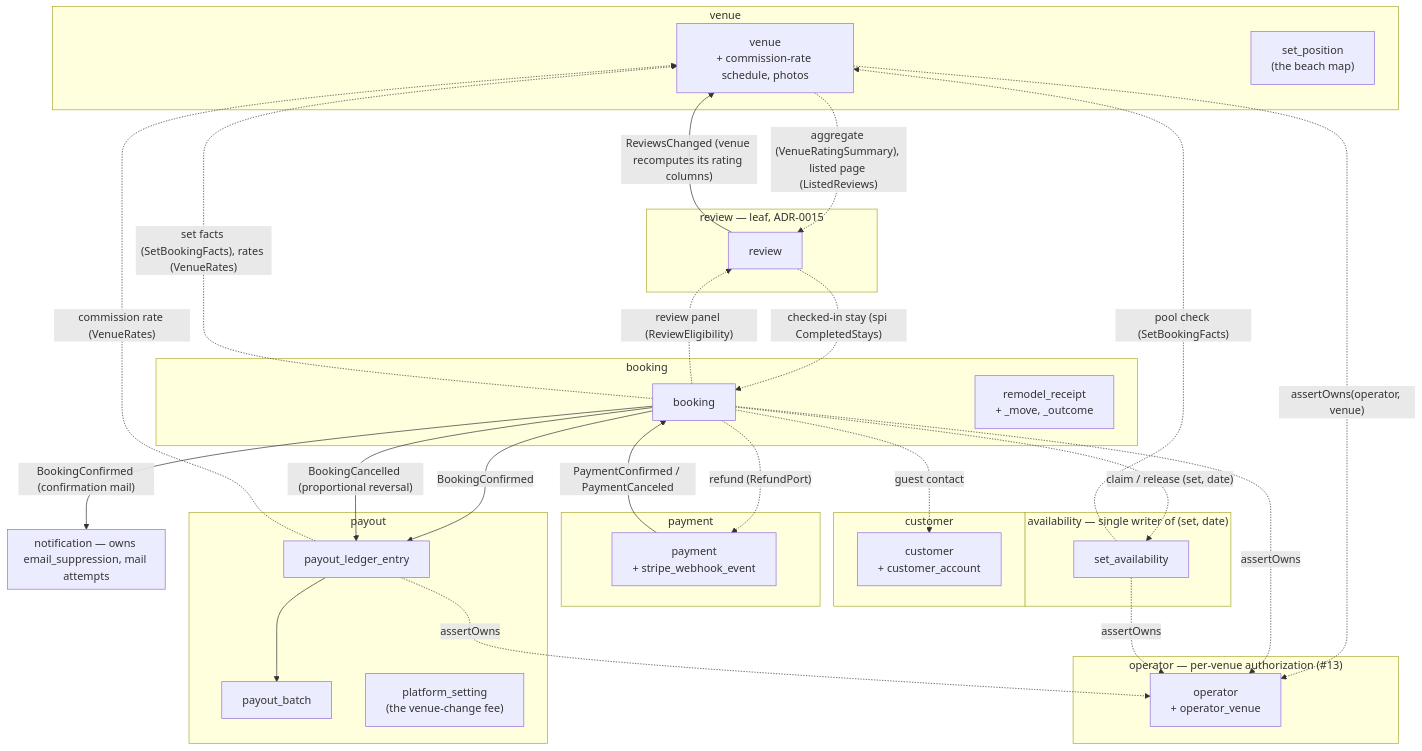
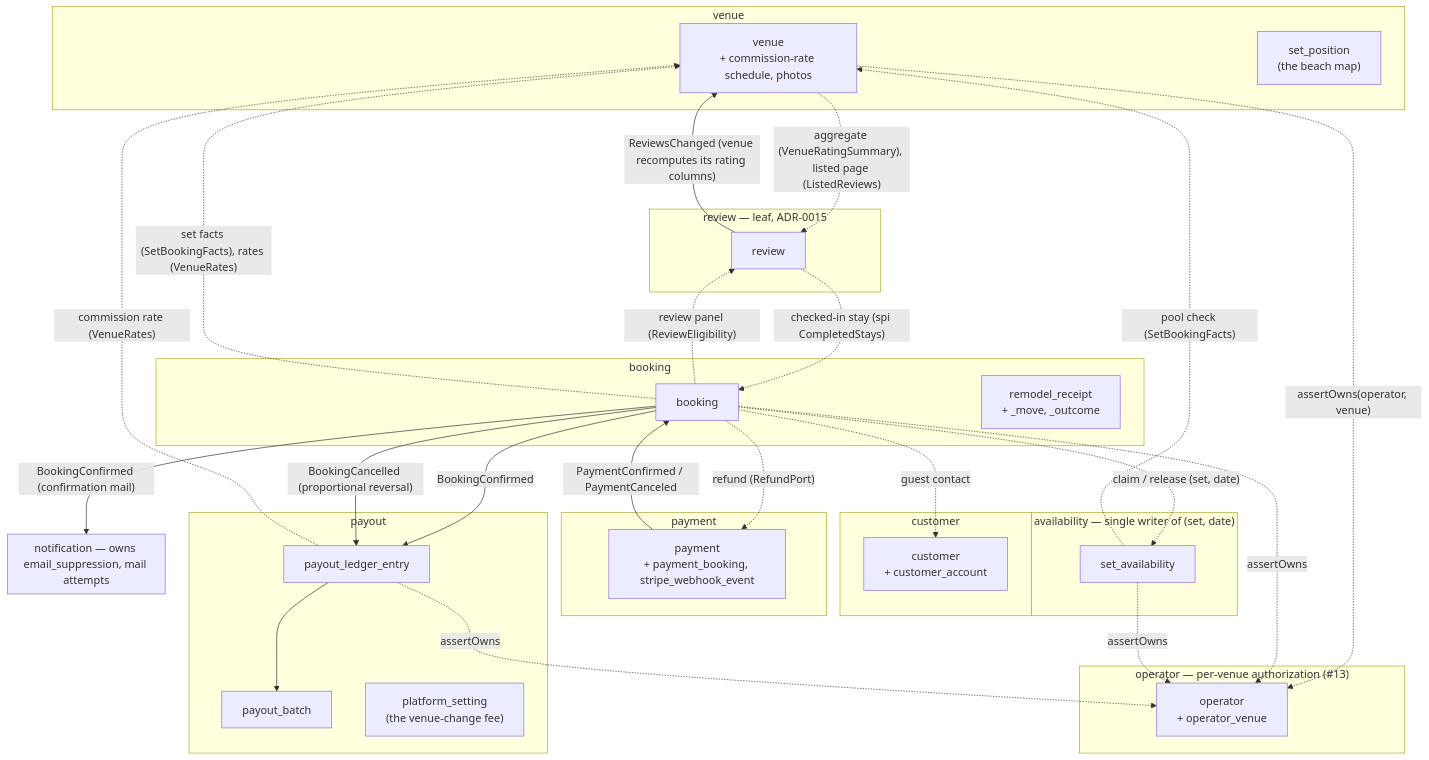
One commit to ivopogace/riviera-sunbed-booking changed the first of 15 diagrams in docs/architecture/domain-model.md. Above: the diagram before and after it, drawn with Mermaid. The commit also changed other lines of this file and 37 other files, not shown here.

First line of the commit message:
Multi-day stays 9/12: one payment across several bookings, refunded per booking (#1207) (#1221)

````diff
--- a/docs/architecture/domain-model.md
+++ b/docs/architecture/domain-model.md
@@ -35,55 +35,55 @@
 ```mermaid
 graph TB
     subgraph customer["customer"]
         CUST["customer<br/>+ customer_account"]
     end
     subgraph venue["venue"]
         VEN["venue<br/>+ commission-rate schedule, photos"]
         MAP["set_position<br/>(the beach map)"]
     end
     subgraph availability["availability — single writer of (set, date)"]
         AVAIL["set_availability"]
     end
     subgraph booking["booking"]
         BOOK["booking"]
         RCPT["remodel_receipt<br/>+ _move, _outcome"]
     end
     subgraph payment["payment"]
-        PAY["payment<br/>+ stripe_webhook_event"]
+        PAY["payment<br/>+ payment_booking, stripe_webhook_event"]
     end
     subgraph payout["payout"]
         LEDG["payout_ledger_entry"]
         BATCH["payout_batch"]
         PSET["platform_setting<br/>(the venue-change fee)"]
     end
     subgraph notification["notification — owns email_suppression, mail attempts"]
     end
 
     subgraph operator["operator — per-venue authorization (#13)"]
         OP["operator<br/>+ operator_venue"]
     end
     subgraph review["review — leaf, ADR-0015"]
         REV["review"]
     end
 
     PAY -- "PaymentConfirmed / PaymentCanceled" --> BOOK
     BOOK -- "BookingConfirmed" --> LEDG
     BOOK -- "BookingConfirmed (confirmation mail)" --> notification
     BOOK -- "BookingCancelled (proportional reversal)" --> LEDG
     REV -- "ReviewsChanged (venue recomputes its rating columns)" --> VEN
     VEN -. "aggregate (VenueRatingSummary), listed page (ListedReviews)" .-> REV
     BOOK -. "review panel (ReviewEligibility)" .-> REV
     REV -. "checked-in stay (spi CompletedStays)" .-> BOOK
 
     BOOK -. "claim / release (set, date)" .-> AVAIL
     BOOK -. "refund (RefundPort)" .-> PAY
     BOOK -. "set facts (SetBookingFacts), rates (VenueRates)" .-> VEN
     BOOK -. "guest contact" .-> CUST
     AVAIL -. "pool check (SetBookingFacts)" .-> VEN
     LEDG -. "commission rate (VenueRates)" .-> VEN
     VEN -. "assertOwns(operator, venue)" .-> OP
     BOOK -. "assertOwns" .-> OP
     AVAIL -. "assertOwns" .-> OP
     LEDG -. "assertOwns" .-> OP
     LEDG --> BATCH
 ```
````
